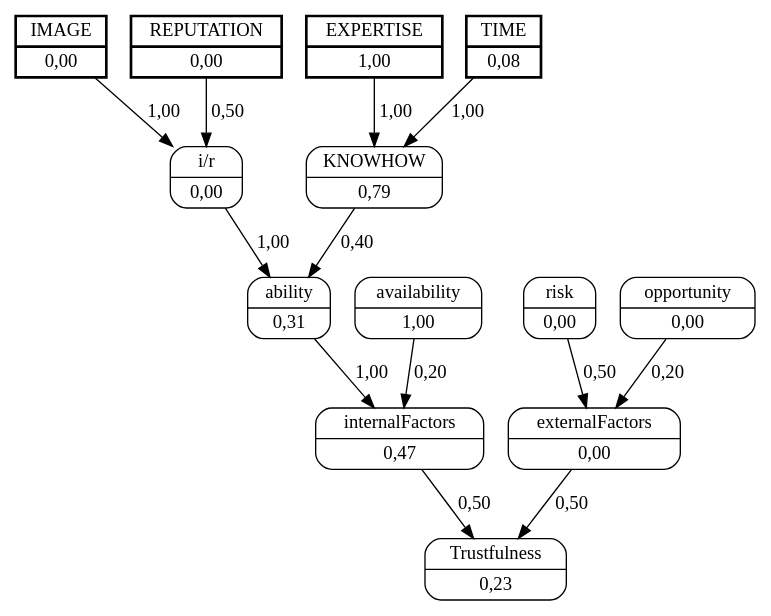
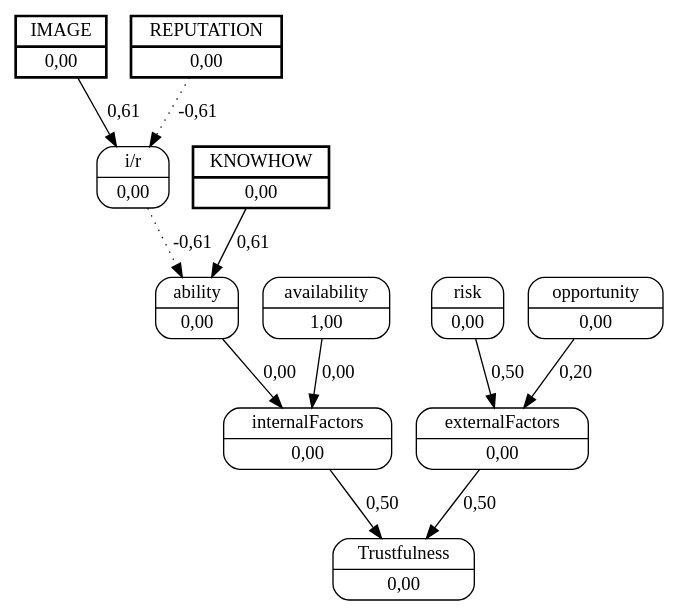
Before and after one commit to jjbaqueta/unload_experiment: the diagram in unload_boxes/dots/worker_1helper_5.dot, drawn with Graphviz. The commit also changed 77 other files, not shown here.

```diff
--- a/unload_boxes/dots/worker_1helper_5.dot
+++ b/unload_boxes/dots/worker_1helper_5.dot
@@ -1,29 +1,25 @@
 digraph FCM_net{
 	node [shape=record, style=rounded]
 	0 [label="{IMAGE | 0,00}", style=bold, penwidth=2, peripheries=2];
 	1 [label="{REPUTATION | 0,00}", style=bold, penwidth=2, peripheries=2];
-	11 [label="{EXPERTISE | 1,00}", style=bold, penwidth=2, peripheries=2];
-	12 [label="{TIME | 0,08}", style=bold, penwidth=2, peripheries=2];
+	2 [label="{KNOWHOW | 0,00}", style=bold, penwidth=2, peripheries=2];
 	0 [label="{IMAGE | 0,00}"];
-	2 [label="{KNOWHOW | 0,79}"];
 	3 [label="{i/r | 0,00}"];
-	4 [label="{ability | 0,31}"];
+	4 [label="{ability | 0,00}"];
 	5 [label="{availability | 1,00}"];
-	6 [label="{internalFactors | 0,47}"];
+	6 [label="{internalFactors | 0,00}"];
 	7 [label="{risk | 0,00}"];
 	8 [label="{opportunity | 0,00}"];
 	9 [label="{externalFactors | 0,00}"];
-	10 [label="{Trustfulness | 0,23}"];
-	0 -> 3 [label = "1,00"];
-	1 -> 3 [label = "0,50"];
-	3 -> 4 [label = "1,00"];
-	2 -> 4 [label = "0,40"];
-	4 -> 6 [label = "1,00"];
-	5 -> 6 [label = "0,20"];
+	10 [label="{Trustfulness | 0,00}"];
+	0 -> 3 [label = "0,61"];
+	1 -> 3 [label = "-0,61", style=dotted];
+	3 -> 4 [label = "-0,61", style=dotted];
+	2 -> 4 [label = "0,61"];
+	4 -> 6 [label = "0,00"];
+	5 -> 6 [label = "0,00"];
 	6 -> 10 [label = "0,50"];
 	7 -> 9 [label = "0,50"];
 	8 -> 9 [label = "0,20"];
 	9 -> 10 [label = "0,50"];
-	11 -> 2 [label = "1,00"];
-	12 -> 2 [label = "1,00"];
 }
```
